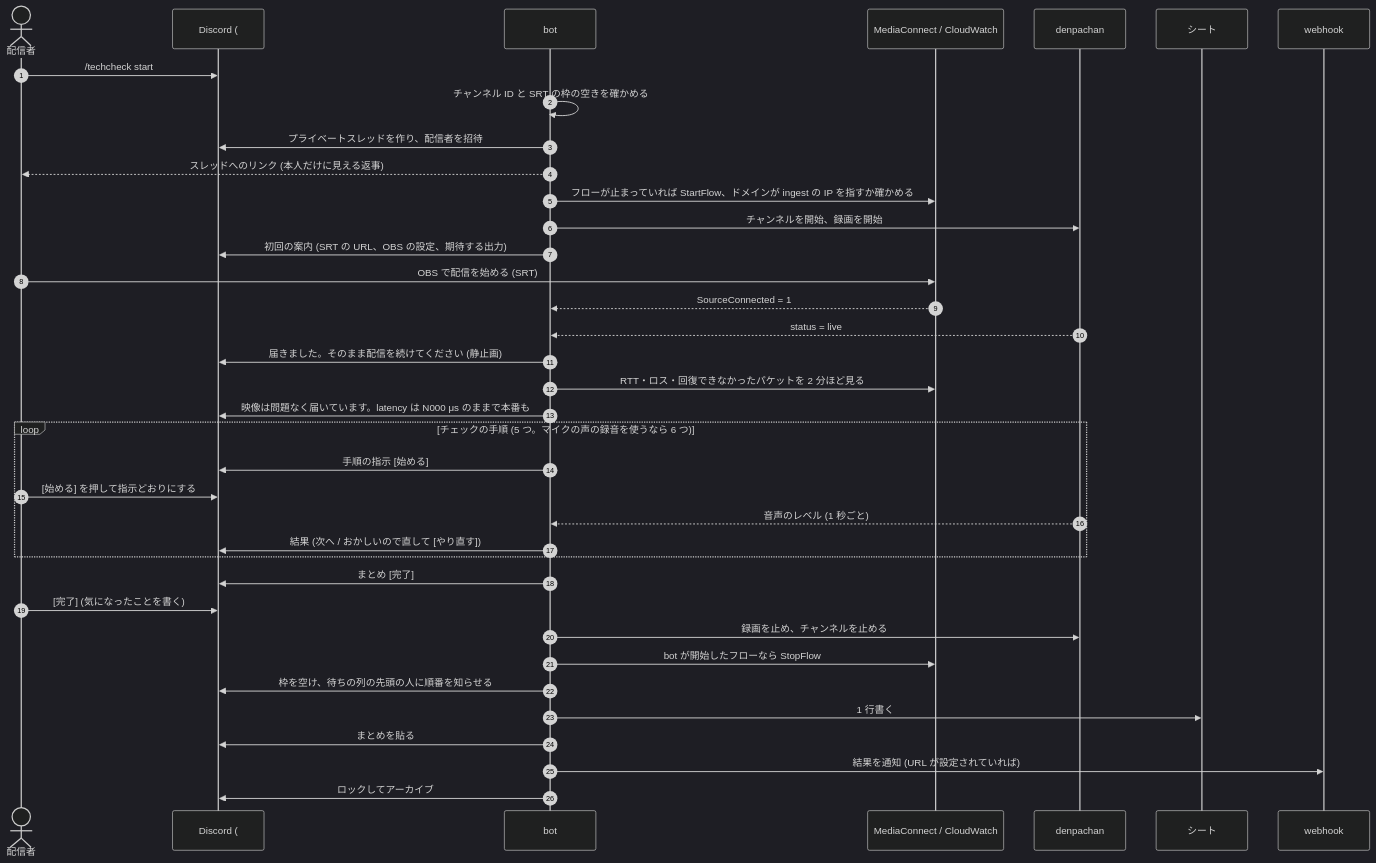
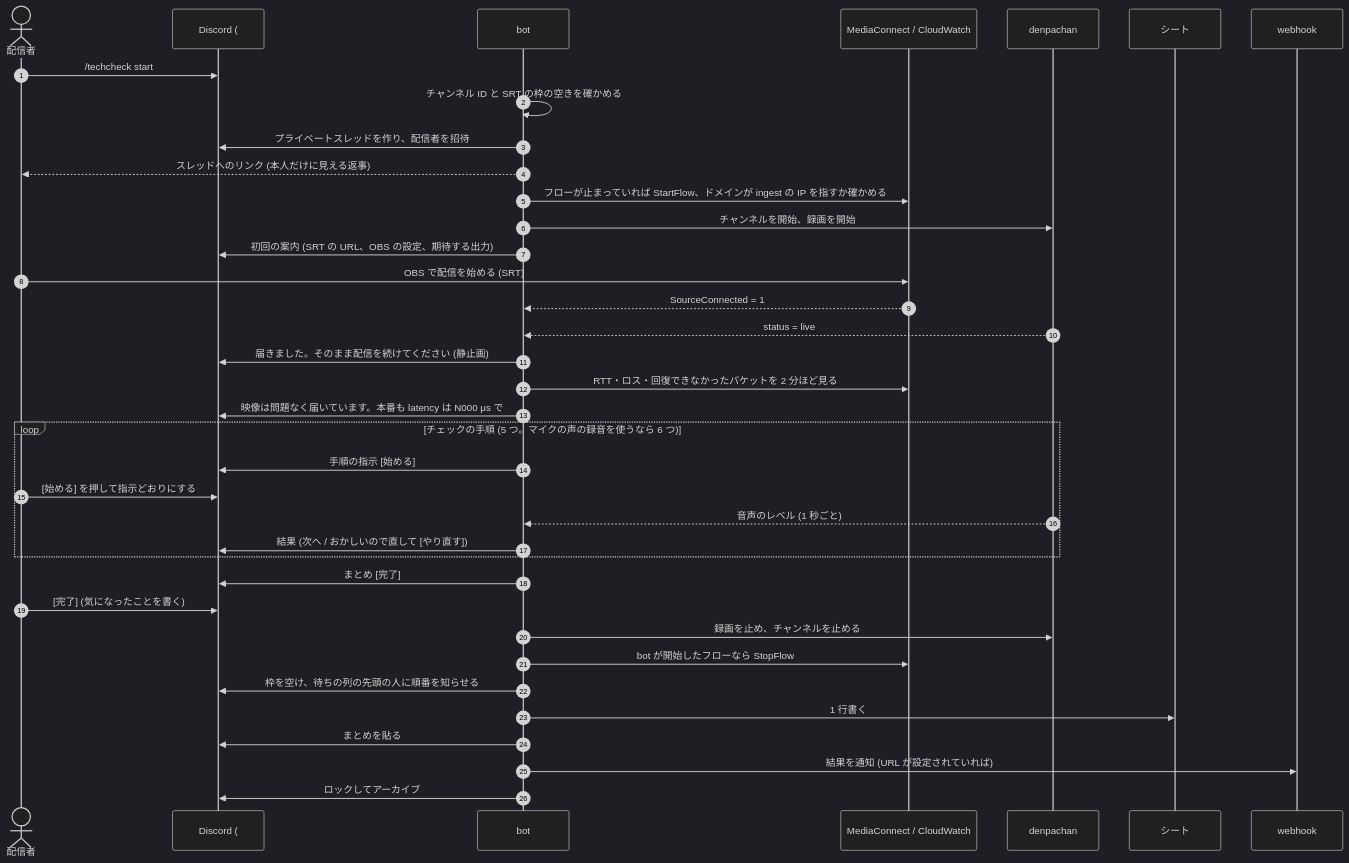
One commit to RTAinJapan/techcheck-bot changed the second of 2 diagrams in docs/design.md. Above: the diagram before and after it, drawn with Mermaid (dark theme). The commit also changed other lines of this file and 3 other files, not shown here.

````diff
--- a/docs/design.md
+++ b/docs/design.md
@@ -418,39 +418,39 @@
 ```mermaid
 sequenceDiagram
     autonumber
     actor P as 配信者
     participant T as Discord (#配信テスト / スレッド)
     participant B as bot
     participant M as MediaConnect / CloudWatch
     participant E as denpachan
     participant S as シート
     participant W as webhook
     P->>T: /techcheck start
     B->>B: チャンネル ID と SRT の枠の空きを確かめる
     B->>T: プライベートスレッドを作り、配信者を招待
     B-->>P: スレッドへのリンク (本人だけに見える返事)
     B->>M: フローが止まっていれば StartFlow、ドメインが ingest の IP を指すか確かめる
     B->>E: チャンネルを開始、録画を開始
     B->>T: 初回の案内 (SRT の URL、OBS の設定、期待する出力)
     P->>M: OBS で配信を始める (SRT)
     M-->>B: SourceConnected = 1
     E-->>B: status = live
     B->>T: 届きました。そのまま配信を続けてください (静止画)
     B->>M: RTT・ロス・回復できなかったパケットを 2 分ほど見る
-    B->>T: 映像は問題なく届いています。latency は N000 μs のままで本番も
+    B->>T: 映像は問題なく届いています。本番も latency は N000 μs で
     loop チェックの手順 (5 つ。マイクの声の録音を使うなら 6 つ)
         B->>T: 手順の指示 [始める]
         P->>T: [始める] を押して指示どおりにする
         E-->>B: 音声のレベル (1 秒ごと)
         B->>T: 結果 (次へ / おかしいので直して [やり直す])
     end
     B->>T: まとめ [完了]
     P->>T: [完了] (気になったことを書く)
     B->>E: 録画を止め、チャンネルを止める
     B->>M: bot が開始したフローなら StopFlow
     B->>T: 枠を空け、待ちの列の先頭の人に順番を知らせる
     B->>S: 1 行書く
     B->>T: まとめを貼る
     B->>W: 結果を通知 (URL が設定されていれば)
     B->>T: ロックしてアーカイブ
 ```
````
